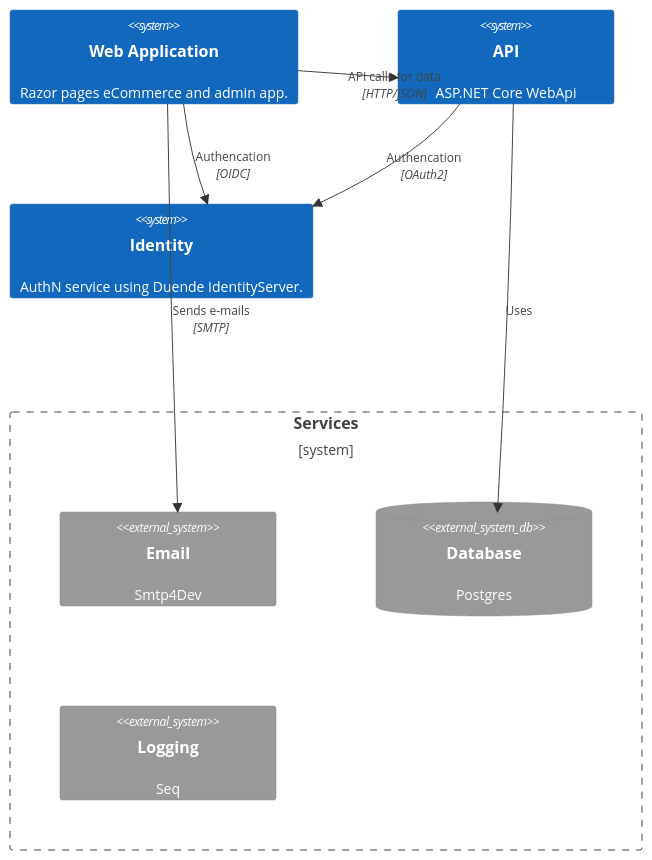
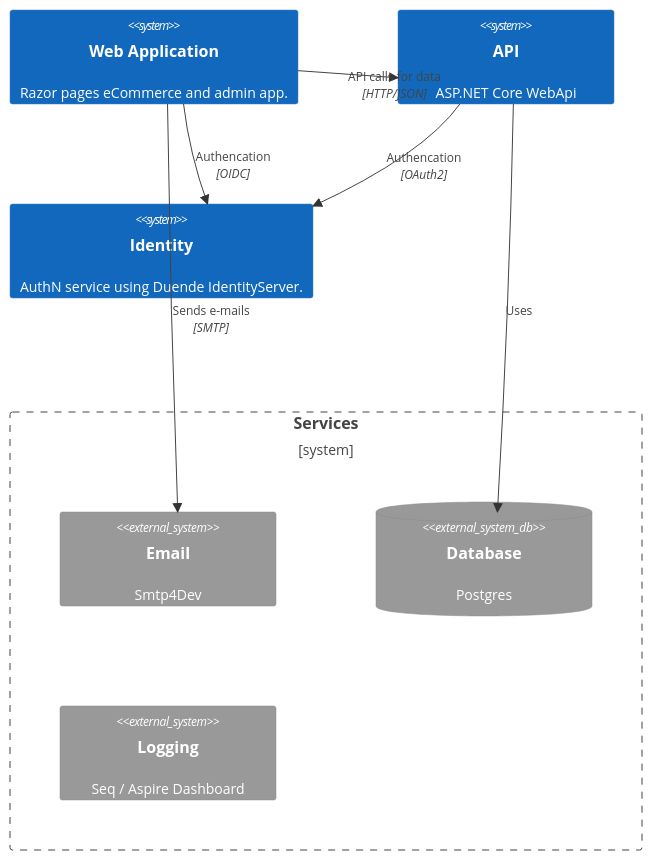
Before and after one commit to dahlsailrunner/cloud-native-dotnet: the diagram in readme.md, drawn with Mermaid. The commit also changed other lines of this file and 1 other file, not shown here.

````diff
--- a/readme.md
+++ b/readme.md
@@ -7,21 +7,21 @@
 ```mermaid
 C4Context
     System(WebApp, "Web Application", "Razor pages eCommerce and admin app.")
     System(Api, "API", "ASP.NET Core WebApi")
     System(IdSrv, "Identity", "AuthN service using Duende IdentityServer.")
 
     Boundary(b2, "Services") {
       System_Ext(Email, "Email", "Smtp4Dev")
       SystemDb_Ext(Db, "Database", "Postgres")
-      System_Ext(Logging, "Logging", "Seq")
+      System_Ext(Logging, "Logging", "Seq / Aspire Dashboard")
     }
       
     BiRel(WebApp, Api, "Uses")
     Rel(WebApp, IdSrv, "Authencation", "OIDC")
     Rel(Api, IdSrv, "Authencation", "OAuth2")
     Rel(Api, Db, "Uses")
     Rel(WebApp, Email, "Sends e-mails", "SMTP")
     Rel(WebApp, Api, "API calls for data", "HTTP/JSON")
       
     UpdateLayoutConfig($c4ShapeInRow="2", $c4BoundaryInRow="1")
 ```
````
